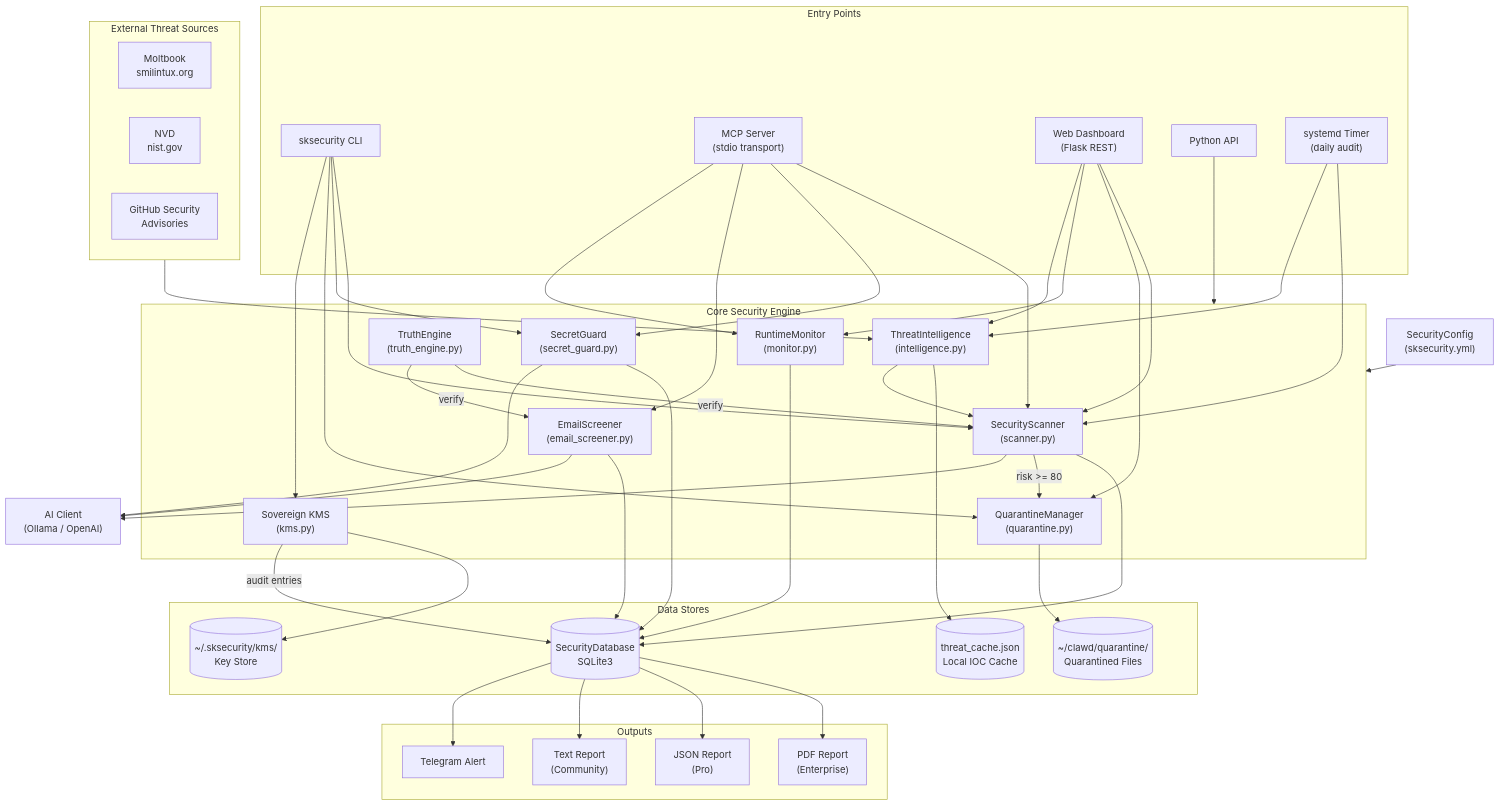
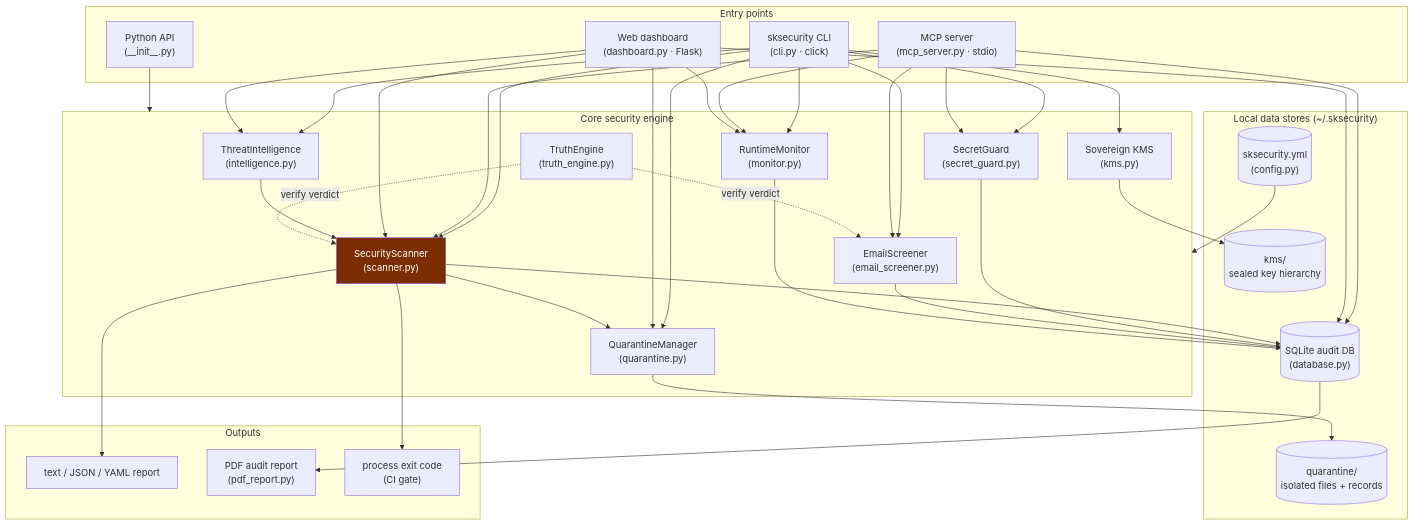
The first of 8 diagrams in docs/ARCHITECTURE.md (smilinTux/sksecurity), drawn with Mermaid before and after one commit. The commit also changed other lines of this file and 1 other file, not shown here.

First line of the commit message:
docs: align README + ARCHITECTURE to SKStack-v2 template

````diff
--- a/docs/ARCHITECTURE.md
+++ b/docs/ARCHITECTURE.md
@@ -11,71 +20,56 @@
 ```mermaid
 flowchart TB
-    subgraph ENTRY["Entry Points"]
-        CLI["sksecurity CLI"]
-        MCP["MCP Server\n(stdio transport)"]
-        DASH["Web Dashboard\n(Flask REST)"]
-        API["Python API"]
-        CRON["systemd Timer\n(daily audit)"]
+    subgraph ENTRY["Entry points"]
+        CLI["sksecurity CLI<br/>(cli.py · click)"]
+        MCP["MCP server<br/>(mcp_server.py · stdio)"]
+        API["Python API<br/>(__init__.py)"]
+        DASH["Web dashboard<br/>(dashboard.py · Flask)"]
     end
 
-    subgraph CORE["Core Security Engine"]
-        SCAN["SecurityScanner\n(scanner.py)"]
-        GUARD["SecretGuard\n(secret_guard.py)"]
-        INTEL["ThreatIntelligence\n(intelligence.py)"]
-        KMS["Sovereign KMS\n(kms.py)"]
-        QUAR["QuarantineManager\n(quarantine.py)"]
-        SCREEN["EmailScreener\n(email_screener.py)"]
-        MON["RuntimeMonitor\n(monitor.py)"]
-        TRUTH["TruthEngine\n(truth_engine.py)"]
+    subgraph CORE["Core security engine"]
+        SCAN["SecurityScanner<br/>(scanner.py)"]
+        GUARD["SecretGuard<br/>(secret_guard.py)"]
+        SCREEN["EmailScreener<br/>(email_screener.py)"]
+        INTEL["ThreatIntelligence<br/>(intelligence.py)"]
+        KMS["Sovereign KMS<br/>(kms.py)"]
+        QUAR["QuarantineManager<br/>(quarantine.py)"]
+        MON["RuntimeMonitor<br/>(monitor.py)"]
+        TRUTH["TruthEngine<br/>(truth_engine.py)"]
     end
 
-    subgraph DATA["Data Stores"]
-        DB[("SecurityDatabase\nSQLite3")]
-        QDIR[("~/clawd/quarantine/\nQuarantined Files")]
-        KSTORE[("~/.sksecurity/kms/\nKey Store")]
-        TCACHE[("threat_cache.json\nLocal IOC Cache")]
+    subgraph DATA["Local data stores (~/.sksecurity)"]
+        DB[("SQLite audit DB<br/>(database.py)")]
+        QDIR[("quarantine/<br/>isolated files + records")]
+        KSTORE[("kms/<br/>sealed key hierarchy")]
+        CFG[("sksecurity.yml<br/>(config.py)")]
     end
 
-    subgraph OUTPUTS["Outputs"]
-        PDF["PDF Report\n(Enterprise)"]
-        JSON_OUT["JSON Report\n(Pro)"]
-        TXT["Text Report\n(Community)"]
-        TG["Telegram Alert"]
+    subgraph OUT["Outputs"]
+        TXT["text / JSON / YAML report"]
+        PDF["PDF audit report<br/>(pdf_report.py)"]
+        EXIT["process exit code<br/>(CI gate)"]
     end
 
-    subgraph EXTERNAL["External Threat Sources"]
-        MOLT["Moltbook\nsmilintux.org"]
-        NVD["NVD\nnist.gov"]
-        GHSA["GitHub Security\nAdvisories"]
-    end
+    CLI --> SCAN & GUARD & SCREEN & QUAR & KMS & INTEL & MON
+    MCP --> SCAN & GUARD & SCREEN & MON & DB
+    API --> CORE
+    DASH --> SCAN & QUAR & MON & INTEL & DB
 
-    CLI --> SCAN & GUARD & QUAR & KMS
-    MCP --> SCAN & GUARD & SCREEN & MON
-    DASH --> SCAN & QUAR & MON & INTEL
-    API --> CORE
-    CRON --> SCAN & INTEL
-
-    EXTERNAL --> INTEL
-    INTEL --> TCACHE
     INTEL --> SCAN
+    SCAN --> QUAR
     SCAN --> DB
-    SCAN -->|"risk >= 80"| QUAR
-    QUAR --> QDIR
     GUARD --> DB
     SCREEN --> DB
     MON --> DB
     KMS --> KSTORE
-    KMS -->|"audit entries"| DB
-    TRUTH -->|"verify"| SCAN & SCREEN
+    QUAR --> QDIR
+    CFG --> CORE
+    TRUTH -.->|"verify verdict"| SCAN
+    TRUTH -.->|"verify verdict"| SCREEN
 
-    DB --> PDF & JSON_OUT & TXT
-    DB --> TG
+    DB --> PDF
+    SCAN --> TXT
+    SCAN --> EXIT
 
-    AI["AI Client\n(Ollama / OpenAI)"]
-    SCAN --> AI
-    SCREEN --> AI
-    GUARD --> AI
-
-    CONFIG["SecurityConfig\n(sksecurity.yml)"]
-    CONFIG --> CORE
+    style SCAN fill:#7b2d00,color:#fff
 ```
````
